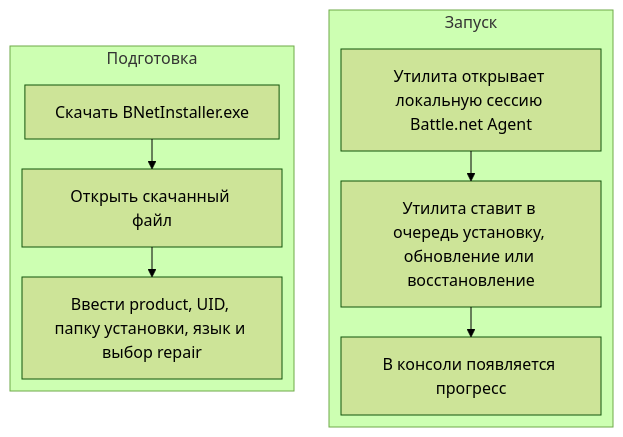
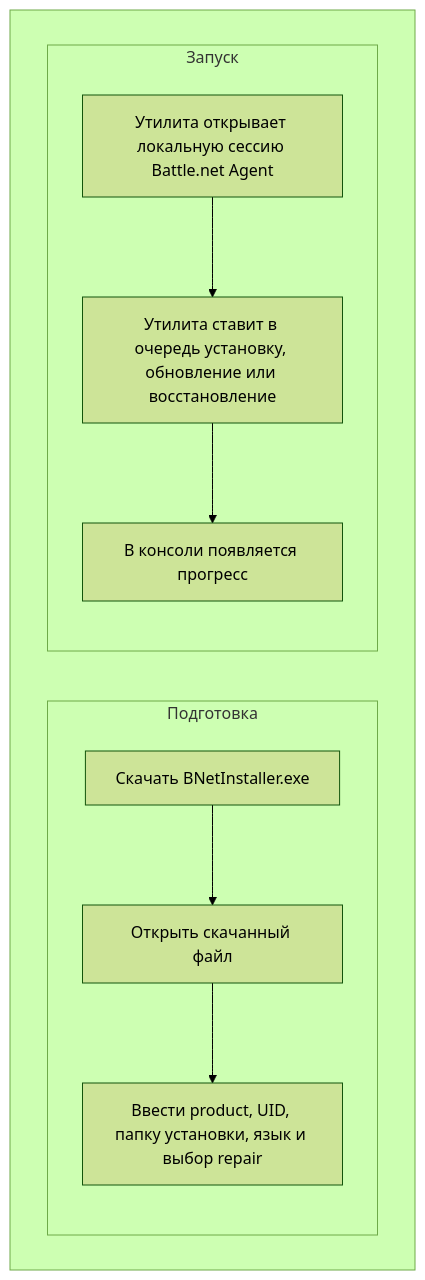
Before and after one commit to DokPlay/Battle.Net-Installer: the diagram in README.ru.md, drawn with Mermaid (forest theme). The commit also changed 1 other file, not shown here.

Commit message:
Rework README diagram nesting

````diff
--- a/README.ru.md
+++ b/README.ru.md
@@ -52,23 +52,24 @@
 ```mermaid
-%%{init: {'flowchart': {'defaultRenderer': 'elk'}} }%%
-flowchart LR
-    subgraph LEFT["Подготовка"]
-        direction TB
-        A["Скачать BNetInstaller.exe"]
-        B["Открыть скачанный файл"]
-        C["Ввести product, UID, папку установки, язык и выбор repair"]
-        A --> B
-        B --> C
+flowchart TB
+    subgraph FLOW[" "]
+        direction LR
+
+        subgraph LEFT["Подготовка"]
+            direction TB
+            A["Скачать BNetInstaller.exe"]
+            B["Открыть скачанный файл"]
+            C["Ввести product, UID, папку установки, язык и выбор repair"]
+            A --> B
+            B --> C
+        end
+
+        subgraph RIGHT["Запуск"]
+            direction TB
+            D["Утилита открывает локальную сессию Battle.net Agent"]
+            E["Утилита ставит в очередь установку, обновление или восстановление"]
+            F["В консоли появляется прогресс"]
+            D --> E
+            E --> F
+        end
     end
-
-    subgraph RIGHT["Запуск"]
-        direction TB
-        D["Утилита открывает локальную сессию Battle.net Agent"]
-        E["Утилита ставит в очередь установку, обновление или восстановление"]
-        F["В консоли появляется прогресс"]
-        D --> E
-        E --> F
-    end
-
-    LEFT ~~~ RIGHT
 ```
````
